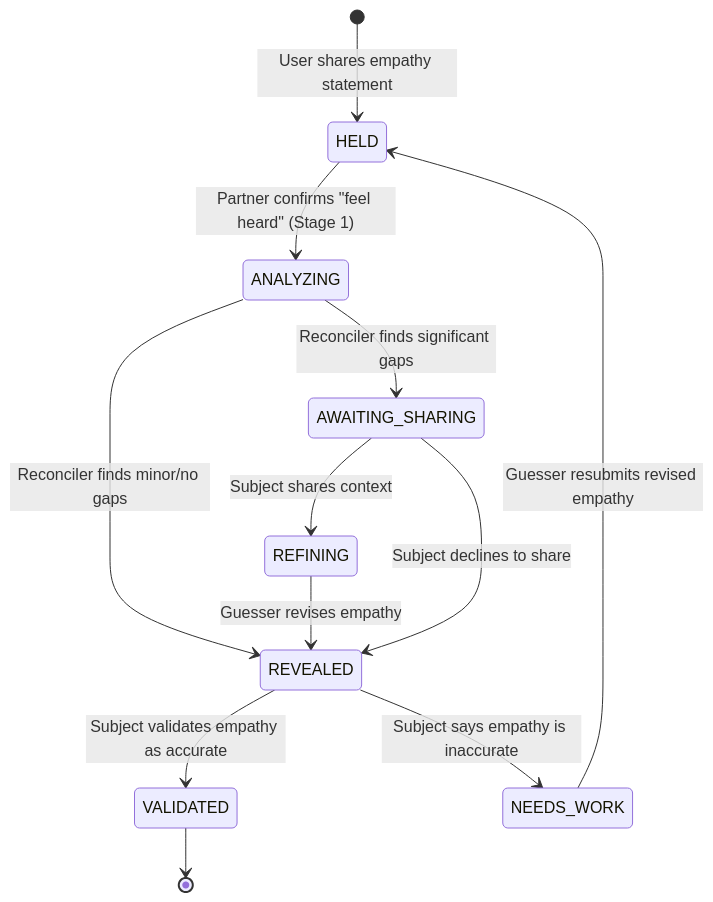
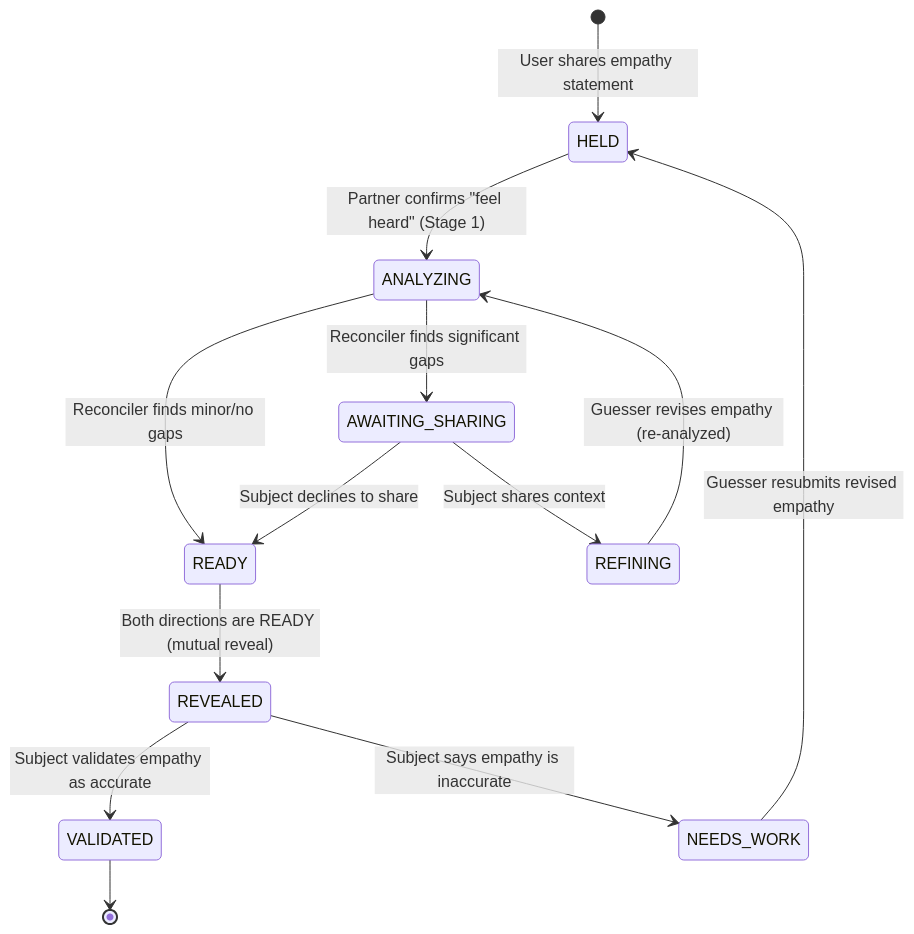
Before and after one commit to shantamg/meet-without-fear: the first of 8 diagrams in docs/user-flows/stage2-empathy-flow.md, drawn with Mermaid. The commit also changed other lines of this file and 6 other files, not shown here.

First line of the commit message:
feat(reconciler): add READY status for mutual empathy reveal

````diff
--- a/docs/user-flows/stage2-empathy-flow.md
+++ b/docs/user-flows/stage2-empathy-flow.md
@@ -17,20 +17,22 @@
 ```mermaid
 stateDiagram-v2
     [*] --> HELD: User shares empathy statement
 
     HELD --> ANALYZING: Partner confirms "feel heard" (Stage 1)
-    ANALYZING --> REVEALED: Reconciler finds minor/no gaps
+    ANALYZING --> READY: Reconciler finds minor/no gaps
     ANALYZING --> AWAITING_SHARING: Reconciler finds significant gaps
 
     AWAITING_SHARING --> REFINING: Subject shares context
-    REFINING --> REVEALED: Guesser revises empathy
+    REFINING --> ANALYZING: Guesser revises empathy (re-analyzed)
 
-    AWAITING_SHARING --> REVEALED: Subject declines to share
+    AWAITING_SHARING --> READY: Subject declines to share
+
+    READY --> REVEALED: Both directions are READY (mutual reveal)
 
     REVEALED --> VALIDATED: Subject validates empathy as accurate
     REVEALED --> NEEDS_WORK: Subject says empathy is inaccurate
 
     NEEDS_WORK --> HELD: Guesser resubmits revised empathy
 
     VALIDATED --> [*]
 ```
````
